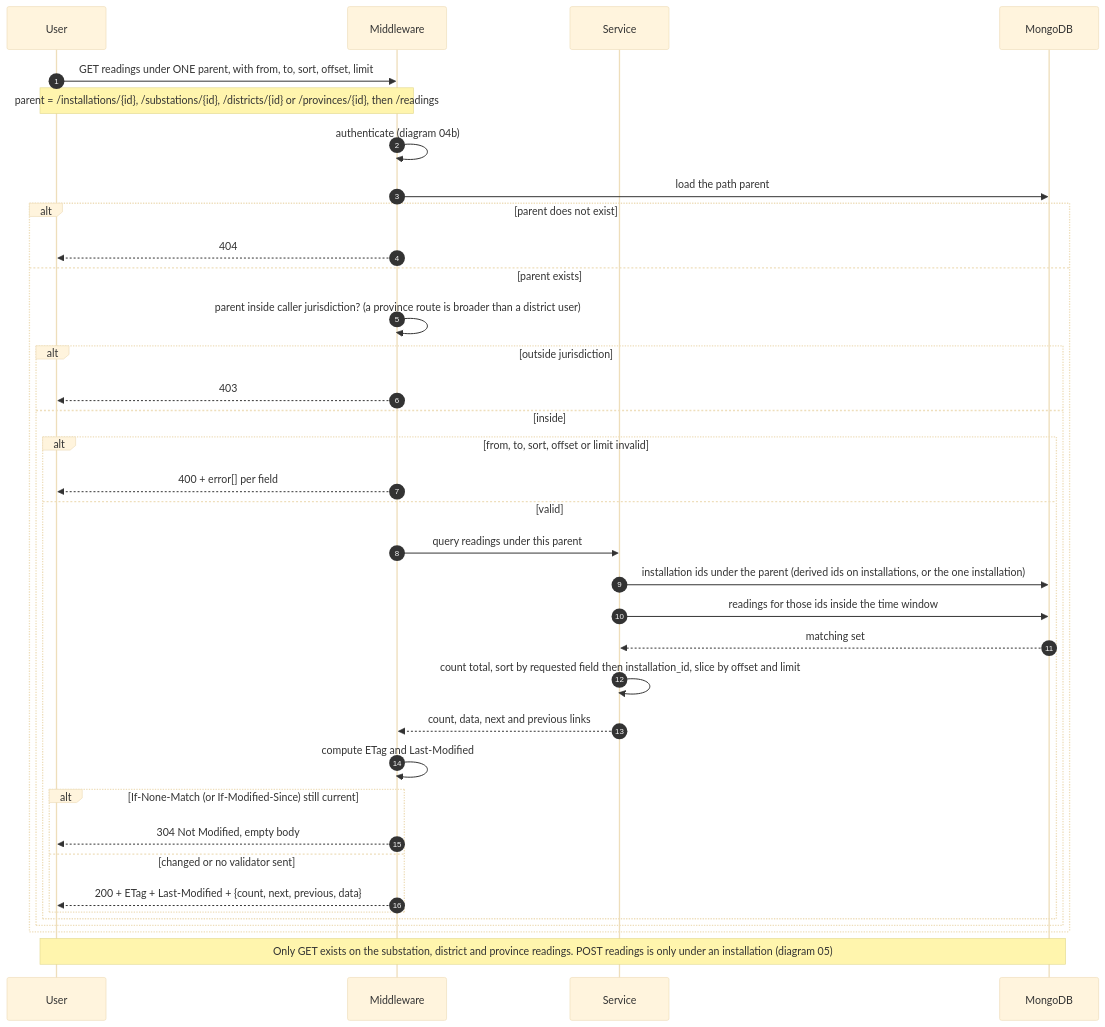
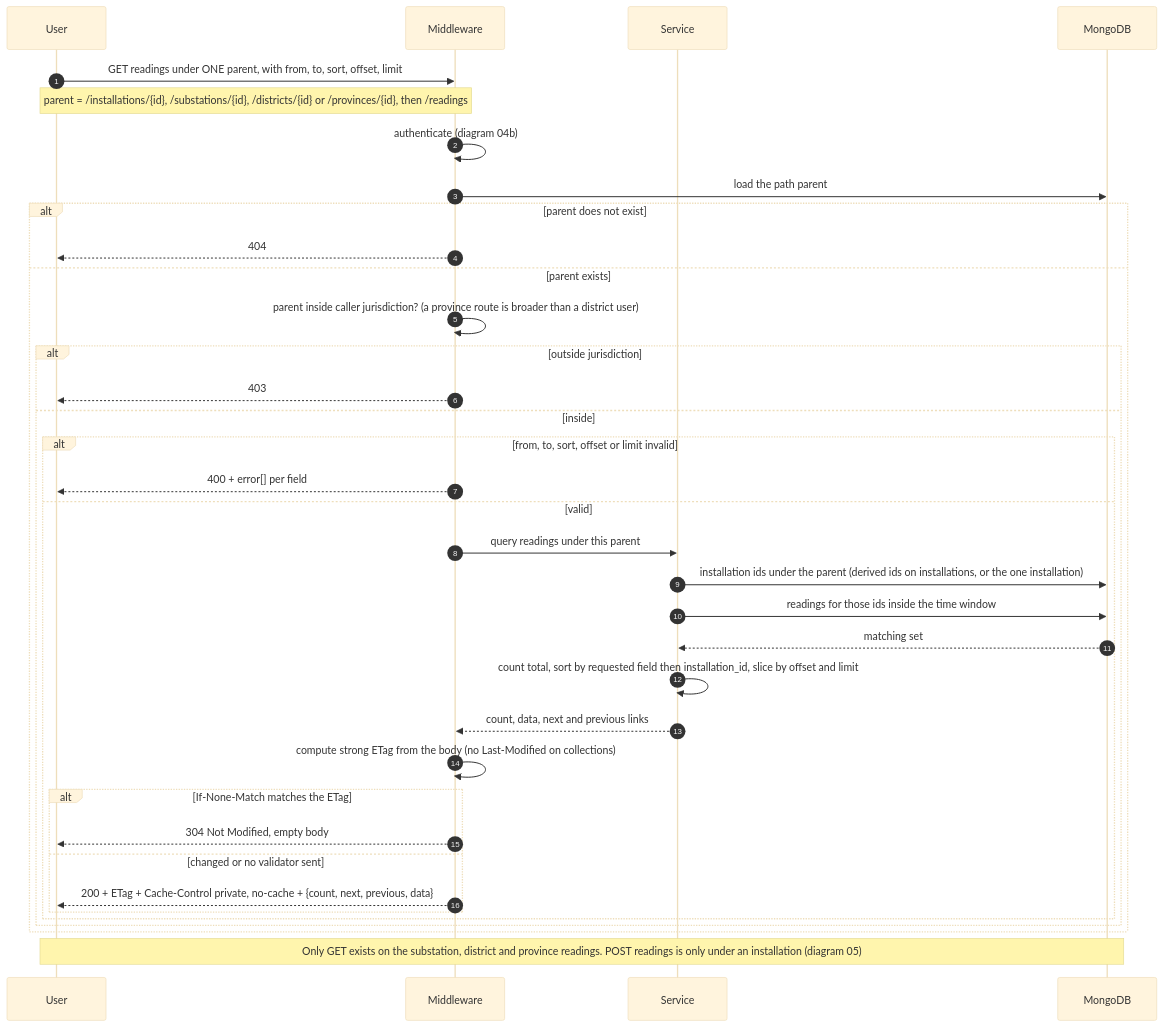
The diagram in docs/design/diagrams/06-flow-readings-history.mmd (hashiniRanasinghe/solar-api), drawn with Mermaid (base theme) before and after one commit. The commit also changed 15 other files, not shown here.

Commit message:
feat(api): generation-summary; conditional GET (strong ETag, 304), 406, private cache headers

```diff
--- a/docs/design/diagrams/06-flow-readings-history.mmd
+++ b/docs/design/diagrams/06-flow-readings-history.mmd
@@ -1,41 +1,41 @@
 %% 06-flow-readings-history.mmd - Request/response flow: readings history (four parents), paginated, filtered, sorted, conditional
 %% Basis: BRIEF §5, §6 (analytical view: pagination, filtering by jurisdiction and time window, sorting, conditional GET); WP §4.6, §5.6, §5.7, §10.2-10.4
 %% Decisions: my-decisions §10, §11. OQ-04 DECIDED (YOU): jurisdiction = path parent, everything else = query. Sort syntax DECIDED (OQ-23).
 %% PROPOSALS: defaults and caps, tie-break by installation_id, scope rule for province / district / substation.
-%% OPEN: how the ETag is built (OQ-29, Phase 6).
+%% DECIDED (OQ-29, 2026-09-26): strong content-based ETag (app.set('etag', 'strong')); collections have no Last-Modified.
 sequenceDiagram
   autonumber
   participant U as User
   participant M as Middleware
   participant S as Service
   participant DB as MongoDB
   U->>M: GET readings under ONE parent, with from, to, sort, offset, limit
   Note over U,M: parent = /installations/{id}, /substations/{id}, /districts/{id} or /provinces/{id}, then /readings
   M->>M: authenticate (diagram 04b)
   M->>DB: load the path parent
   alt parent does not exist
     M-->>U: 404
   else parent exists
     M->>M: parent inside caller jurisdiction? (a province route is broader than a district user)
     alt outside jurisdiction
       M-->>U: 403
     else inside
       alt from, to, sort, offset or limit invalid
         M-->>U: 400 + error[] per field
       else valid
         M->>S: query readings under this parent
         S->>DB: installation ids under the parent (derived ids on installations, or the one installation)
         S->>DB: readings for those ids inside the time window
         DB-->>S: matching set
         S->>S: count total, sort by requested field then installation_id, slice by offset and limit
         S-->>M: count, data, next and previous links
-        M->>M: compute ETag and Last-Modified
-        alt If-None-Match (or If-Modified-Since) still current
+        M->>M: compute strong ETag from the body (no Last-Modified on collections)
+        alt If-None-Match matches the ETag
           M-->>U: 304 Not Modified, empty body
         else changed or no validator sent
-          M-->>U: 200 + ETag + Last-Modified + {count, next, previous, data}
+          M-->>U: 200 + ETag + Cache-Control private, no-cache + {count, next, previous, data}
         end
       end
     end
   end
   Note over U,DB: Only GET exists on the substation, district and province readings. POST readings is only under an installation (diagram 05)
```
